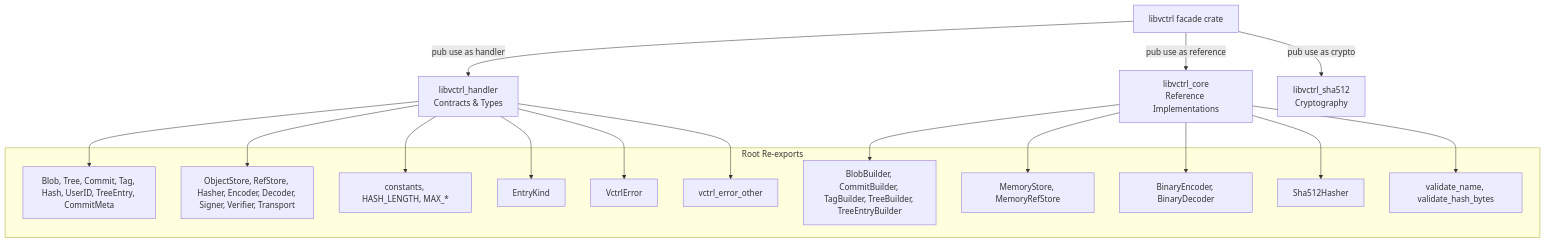
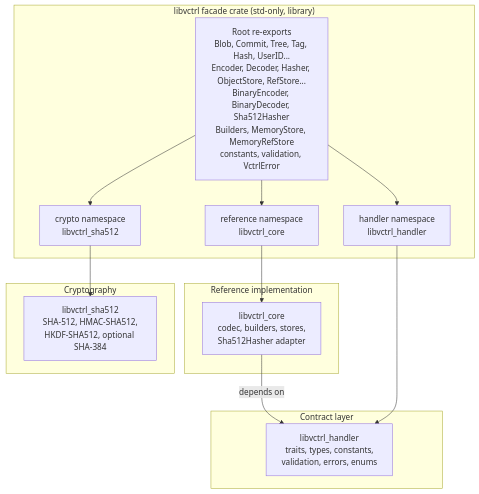
The first of 3 diagrams in libvctrl/README.md (mroczect/libvctrl), drawn with Mermaid before and after one commit. The commit also changed other lines of this file and 9 other files, not shown here.

````diff
--- a/libvctrl/README.md
+++ b/libvctrl/README.md
@@ -67,37 +56,29 @@
 ```mermaid
-graph TD
-    LIBVCTRL[libvctrl facade crate]
-    HANDLER[libvctrl_handler<br/>Contracts & Types]
-    CORE[libvctrl_core<br/>Reference Implementations]
-    SHA512[libvctrl_sha512<br/>Cryptography]
-
-    LIBVCTRL -->|pub use as handler| HANDLER
-    LIBVCTRL -->|pub use as reference| CORE
-    LIBVCTRL -->|pub use as crypto| SHA512
-
-    subgraph Root Re-exports
-        ROOT_TYPES[Blob, Tree, Commit, Tag, Hash, UserID, TreeEntry, CommitMeta]
-        ROOT_TRAITS[ObjectStore, RefStore, Hasher, Encoder, Decoder, Signer, Verifier, Transport]
-        ROOT_CONST[constants, HASH_LENGTH, MAX_*]
-        ROOT_ENUMS[EntryKind]
-        ROOT_ERRORS[VctrlError]
-        ROOT_MACROS[vctrl_error_other]
-        ROOT_BUILDERS[BlobBuilder, CommitBuilder, TagBuilder, TreeBuilder, TreeEntryBuilder]
-        ROOT_STORES[MemoryStore, MemoryRefStore]
-        ROOT_CODEC[BinaryEncoder, BinaryDecoder]
-        ROOT_HASHER[Sha512Hasher]
-        ROOT_VALIDATE[validate_name, validate_hash_bytes]
+flowchart TD
+    subgraph Facade["libvctrl facade crate (std-only, library)"]
+        Root["Root re-exports<br/>Blob, Commit, Tree, Tag, Hash, UserID...<br/>Encoder, Decoder, Hasher, ObjectStore, RefStore...<br/>BinaryEncoder, BinaryDecoder, Sha512Hasher<br/>Builders, MemoryStore, MemoryRefStore<br/>constants, validation, VctrlError"]
+        HandlerNS["handler namespace<br/>libvctrl_handler"]
+        RefNS["reference namespace<br/>libvctrl_core"]
+        CryptoNS["crypto namespace<br/>libvctrl_sha512"]
+        Root --> HandlerNS
+        Root --> RefNS
+        Root --> CryptoNS
     end
 
-    HANDLER --> ROOT_TYPES
-    HANDLER --> ROOT_TRAITS
-    HANDLER --> ROOT_CONST
-    HANDLER --> ROOT_ENUMS
-    HANDLER --> ROOT_ERRORS
-    HANDLER --> ROOT_MACROS
-    CORE --> ROOT_BUILDERS
-    CORE --> ROOT_STORES
-    CORE --> ROOT_CODEC
-    CORE --> ROOT_HASHER
-    CORE --> ROOT_VALIDATE
+    subgraph Contracts["Contract layer"]
+        Handler["libvctrl_handler<br/>traits, types, constants,<br/>validation, errors, enums"]
+    end
+
+    subgraph Reference["Reference implementation"]
+        Core["libvctrl_core<br/>codec, builders, stores,<br/>Sha512Hasher adapter"]
+        Core -->|depends on| Handler
+    end
+
+    subgraph CryptoLayer["Cryptography"]
+        Sha["libvctrl_sha512<br/>SHA-512, HMAC-SHA512,<br/>HKDF-SHA512, optional SHA-384"]
+    end
+
+    HandlerNS --> Handler
+    RefNS --> Core
+    CryptoNS --> Sha
 ```
````
